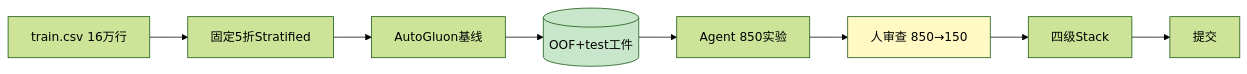
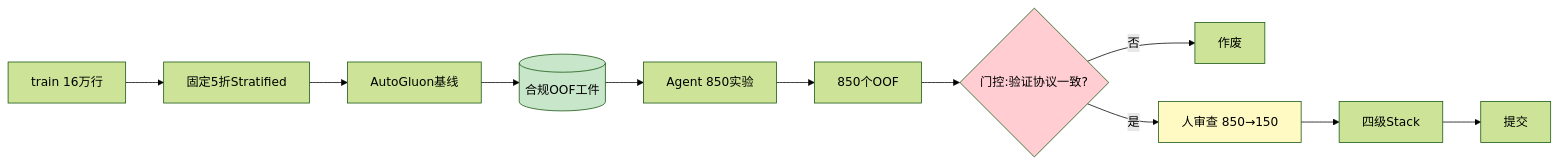
The diagram in docs/chapters/chapter04.md (wizardforcel/vibe-kaggle), drawn with Mermaid (forest theme) before and after one commit. The commit also changed other lines of this file, not shown here.

````diff
--- a/docs/chapters/chapter04.md
+++ b/docs/chapters/chapter04.md
@@ -19,12 +17,16 @@
 ```mermaid
 flowchart LR
-    A[train.csv 16万行] --> B[固定5折Stratified]
+    A[train 16万行] --> B[固定5折Stratified]
     B --> C[AutoGluon基线]
-    C --> D[(OOF+test工件)]
+    C --> D[(合规OOF工件)]
     D --> E[Agent 850实验]
-    E --> F[人审查 850→150]
-    F --> G[四级Stack]
-    G --> H[提交]
+    E --> F[850个OOF]
+    F --> G{门控:验证协议一致?}
+    G -->|否| H[作废]
+    G -->|是| I[人审查 850→150]
+    I --> J[四级Stack]
+    J --> K[提交]
     style D fill:#c8e6c9
-    style F fill:#fff9c4
+    style G fill:#ffcdd2
+    style I fill:#fff9c4
 ```
````
